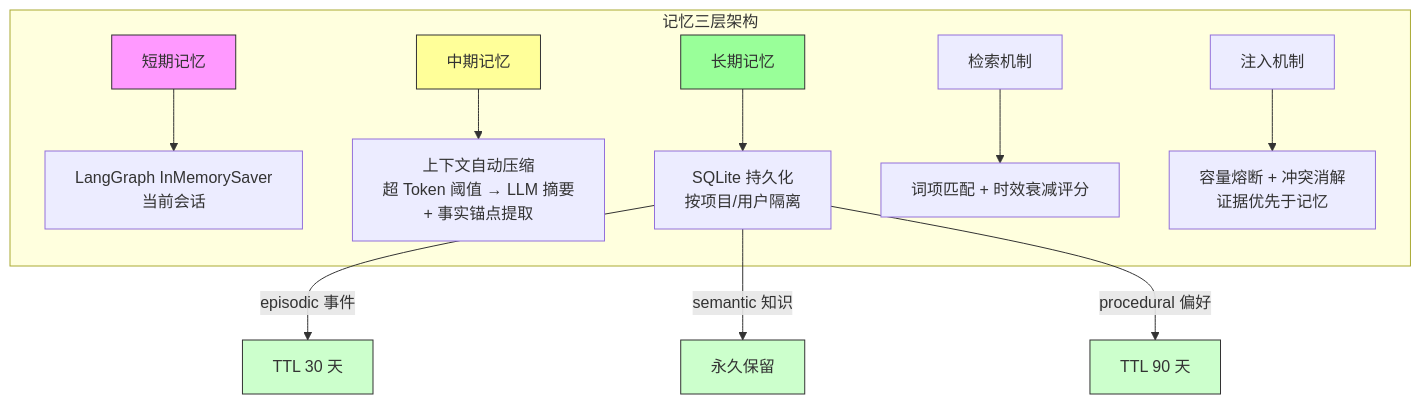
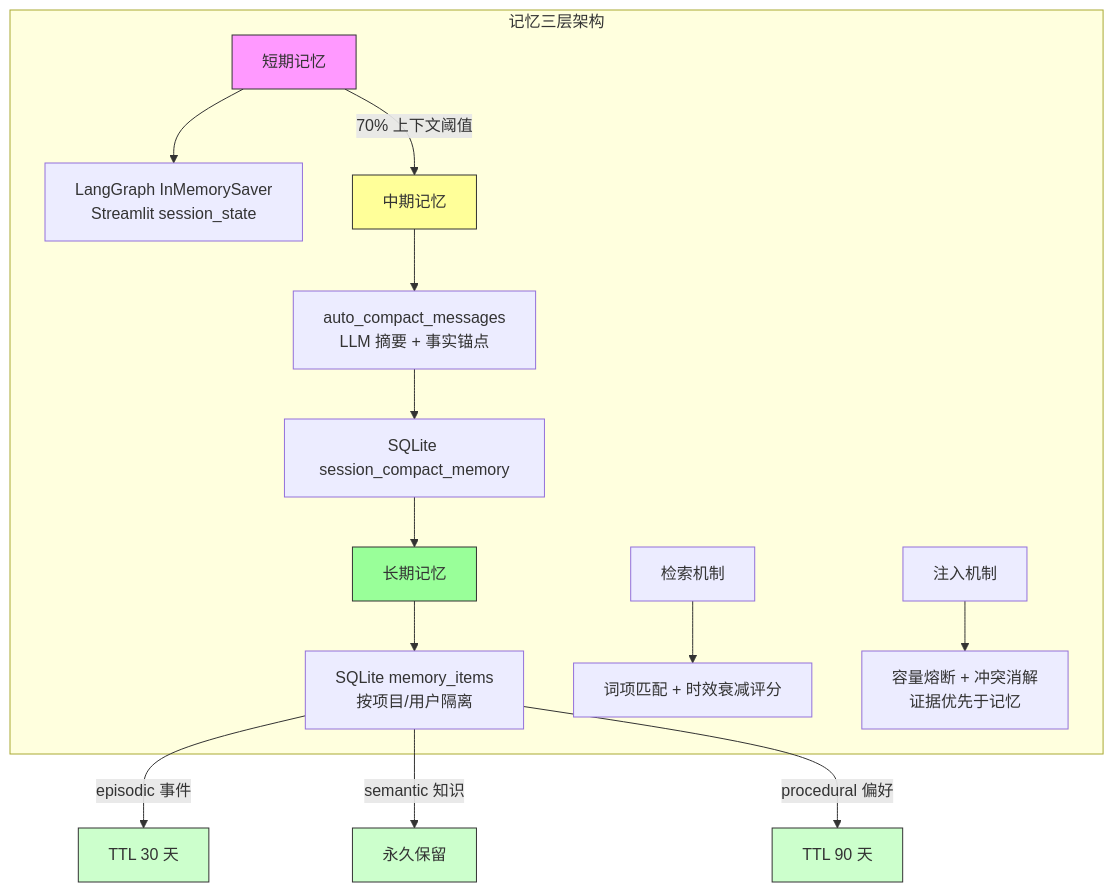
One commit to 0verL1nk/PaperSage changed the third of 3 diagrams in README.md. Above: the diagram before and after it, drawn with Mermaid. The commit also changed other lines of this file and 9 other files, not shown here.

````diff
--- a/README.md
+++ b/README.md
@@ -137,24 +146,27 @@
 ```mermaid
 flowchart TB
     subgraph 记忆三层架构
-        A[短期记忆] --> B[LangGraph InMemorySaver<br/>当前会话]
+        A[短期记忆] --> B[LangGraph InMemorySaver<br/>Streamlit session_state]
         
-        C[中期记忆] --> D[上下文自动压缩<br/>超 Token 阈值 → LLM 摘要<br/>+ 事实锚点提取]
+        A -->|70% 上下文阈值| C[中期记忆]
+        C --> D[auto_compact_messages<br/>LLM 摘要 + 事实锚点]
+        D --> E[SQLite session_compact_memory]
         
-        E[长期记忆] --> F[SQLite 持久化<br/>按项目/用户隔离]
+        E --> F[长期记忆]
+        F --> G[SQLite memory_items<br/>按项目/用户隔离]
         
-        G[检索机制] --> H[词项匹配 + 时效衰减评分]
-        I[注入机制] --> J[容量熔断 + 冲突消解<br/>证据优先于记忆]
+        H[检索机制] --> I[词项匹配 + 时效衰减评分]
+        J[注入机制] --> K[容量熔断 + 冲突消解<br/>证据优先于记忆]
     end
     
-    F -->|episodic 事件| K[TTL 30 天]
-    F -->|semantic 知识| L[永久保留]
-    F -->|procedural 偏好| M[TTL 90 天]
+    G -->|episodic 事件| L[TTL 30 天]
+    G -->|semantic 知识| M[永久保留]
+    G -->|procedural 偏好| N[TTL 90 天]
     
     style A fill:#f9f,stroke:#333
     style C fill:#ff9,stroke:#333
-    style E fill:#9f9,stroke:#333
-    style K fill:#cfc,stroke:#333
+    style F fill:#9f9,stroke:#333
     style L fill:#cfc,stroke:#333
     style M fill:#cfc,stroke:#333
+    style N fill:#cfc,stroke:#333
 ```
````
